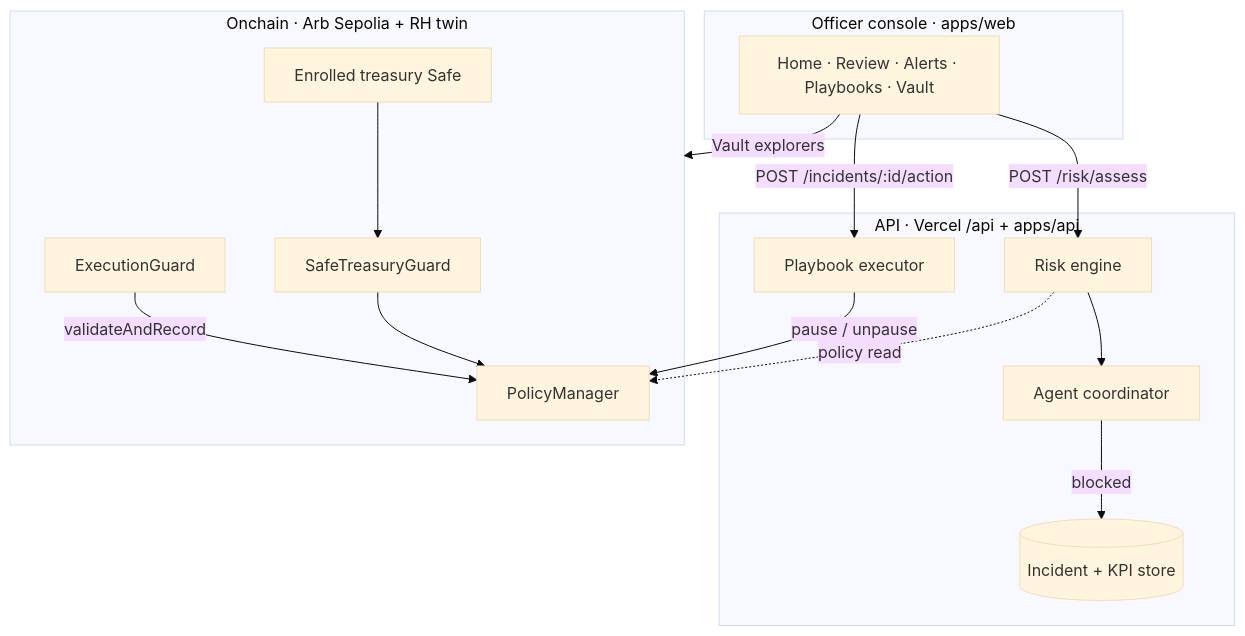
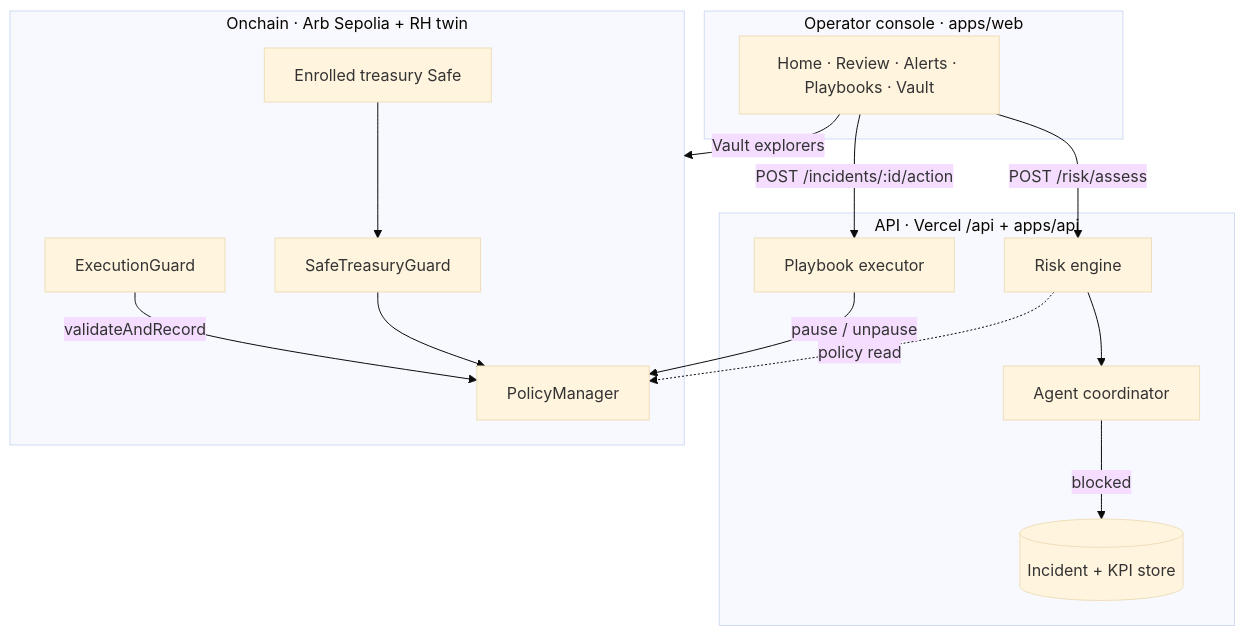
One commit to thesithunyein/arb-guardian changed the first of 7 diagrams in docs/architecture.md. Above: the diagram before and after it, drawn with Mermaid (base theme). The commit also changed other lines of this file and 12 other files, not shown here.

````diff
--- a/docs/architecture.md
+++ b/docs/architecture.md
@@ -11,31 +11,31 @@
 ```mermaid
 flowchart TB
-  subgraph Officer["Officer console · apps/web"]
+  subgraph Officer["Operator console · apps/web"]
     UI[Home · Review · Alerts · Playbooks · Vault]
   end
 
   subgraph Edge["API · Vercel /api + apps/api"]
     RE[Risk engine]
     AC[Agent coordinator]
     PE[Playbook executor]
     Store[(Incident + KPI store)]
   end
 
   subgraph Onchain["Onchain · Arb Sepolia + RH twin"]
     PM[PolicyManager]
     EG[ExecutionGuard]
     STG[SafeTreasuryGuard]
     Safe[Enrolled treasury Safe]
   end
 
   UI -->|POST /risk/assess| RE
   RE --> AC
   AC -->|blocked| Store
   UI -->|POST /incidents/:id/action| PE
   PE -->|pause / unpause| PM
   RE -.->|policy read| PM
   EG -->|validateAndRecord| PM
   Safe --> STG
   STG --> PM
   UI -->|Vault explorers| Onchain
 ```
````
